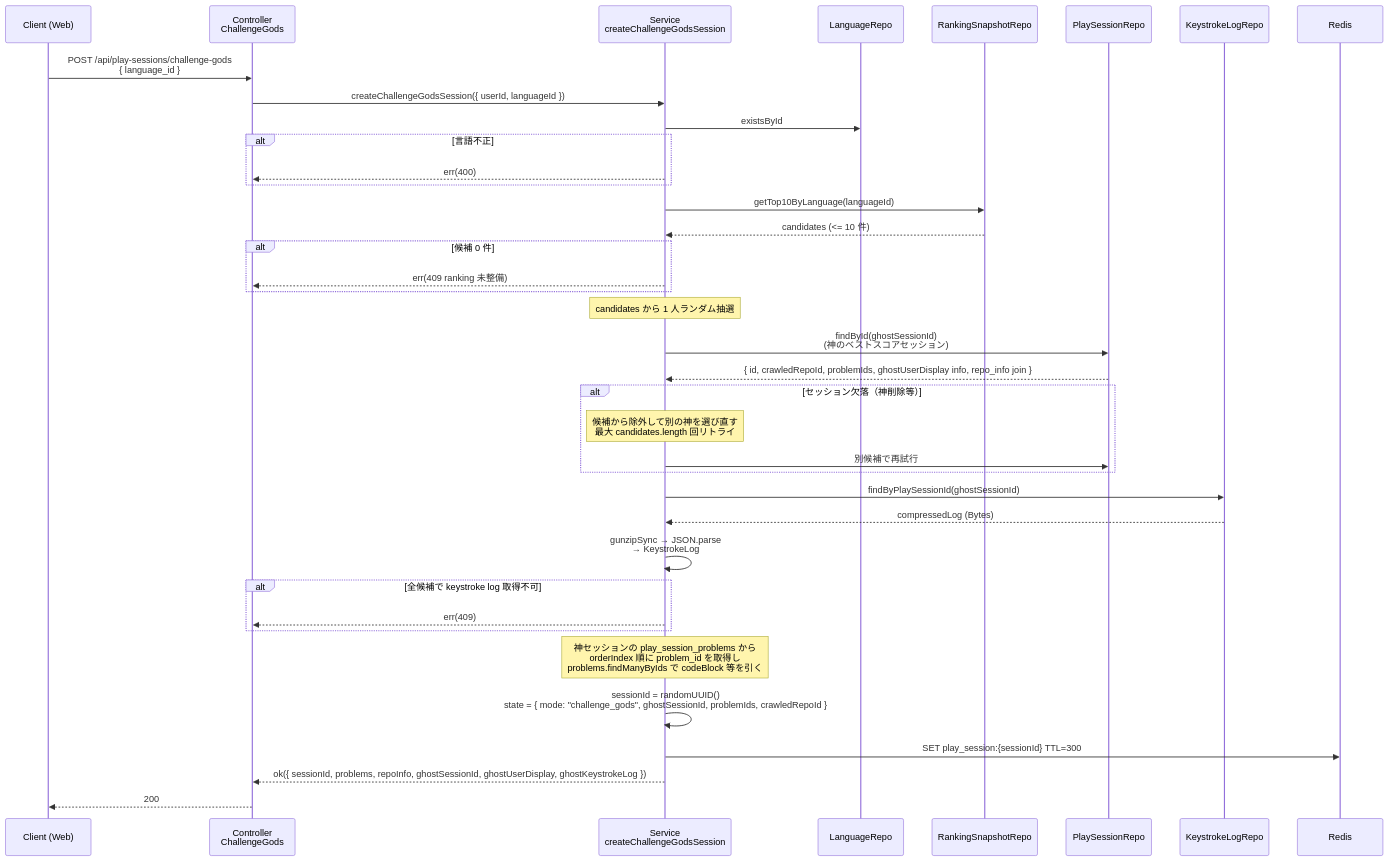
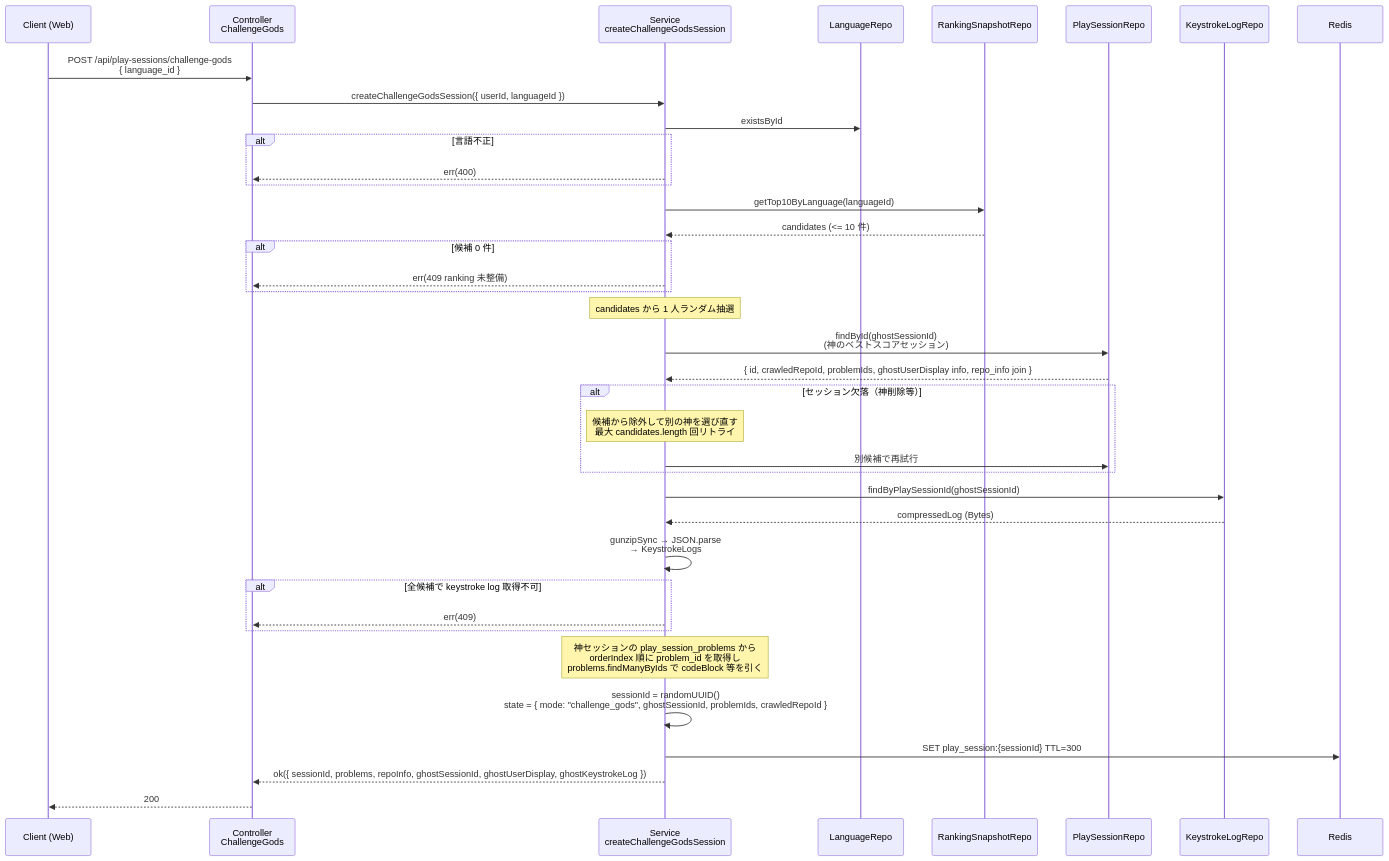
One commit to kentakki416/typing-royale changed the diagram in docs/spec/typing-engine/step6-api-challenge-gods.md. Above: the diagram before and after it, drawn with Mermaid. The commit also changed other lines of this file and 13 other files, not shown here.

First line of the commit message:
refactor(typing-engine): KeystrokeEntry のフィールド名を descriptive に / KeystrokeLog → KeystrokeLogs

````diff
--- a/docs/spec/typing-engine/step6-api-challenge-gods.md
+++ b/docs/spec/typing-engine/step6-api-challenge-gods.md
@@ -110,48 +110,48 @@
 ```mermaid
 sequenceDiagram
     participant C as Client (Web)
     participant Ctrl as Controller<br/>ChallengeGods
     participant Svc as Service<br/>createChallengeGodsSession
     participant Lang as LanguageRepo
     participant Snap as RankingSnapshotRepo
     participant PS as PlaySessionRepo
     participant KL as KeystrokeLogRepo
     participant Redis as Redis
 
     C->>Ctrl: POST /api/play-sessions/challenge-gods<br/>{ language_id }
     Ctrl->>Svc: createChallengeGodsSession({ userId, languageId })
 
     Svc->>Lang: existsById
     alt 言語不正
         Svc-->>Ctrl: err(400)
     end
 
     Svc->>Snap: getTop10ByLanguage(languageId)
     Snap-->>Svc: candidates (<= 10 件)
     alt 候補 0 件
         Svc-->>Ctrl: err(409 ranking 未整備)
     end
 
     Note over Svc: candidates から 1 人ランダム抽選
 
     Svc->>PS: findById(ghostSessionId)<br/>(神のベストスコアセッション)
     PS-->>Svc: { id, crawledRepoId, problemIds, ghostUserDisplay info, repo_info join }
     alt セッション欠落（神削除等）
         Note over Svc: 候補から除外して別の神を選び直す<br/>最大 candidates.length 回リトライ
         Svc->>PS: 別候補で再試行
     end
 
     Svc->>KL: findByPlaySessionId(ghostSessionId)
     KL-->>Svc: compressedLog (Bytes)
-    Svc->>Svc: gunzipSync → JSON.parse<br/>→ KeystrokeLog
+    Svc->>Svc: gunzipSync → JSON.parse<br/>→ KeystrokeLogs
     alt 全候補で keystroke log 取得不可
         Svc-->>Ctrl: err(409)
     end
 
     Note over Svc: 神セッションの play_session_problems から<br/>orderIndex 順に problem_id を取得し<br/>problems.findManyByIds で codeBlock 等を引く
 
     Svc->>Svc: sessionId = randomUUID()<br/>state = { mode: "challenge_gods", ghostSessionId, problemIds, crawledRepoId }
     Svc->>Redis: SET play_session:{sessionId} TTL=300
     Svc-->>Ctrl: ok({ sessionId, problems, repoInfo, ghostSessionId, ghostUserDisplay, ghostKeystrokeLog })
     Ctrl-->>C: 200
 ```
````
